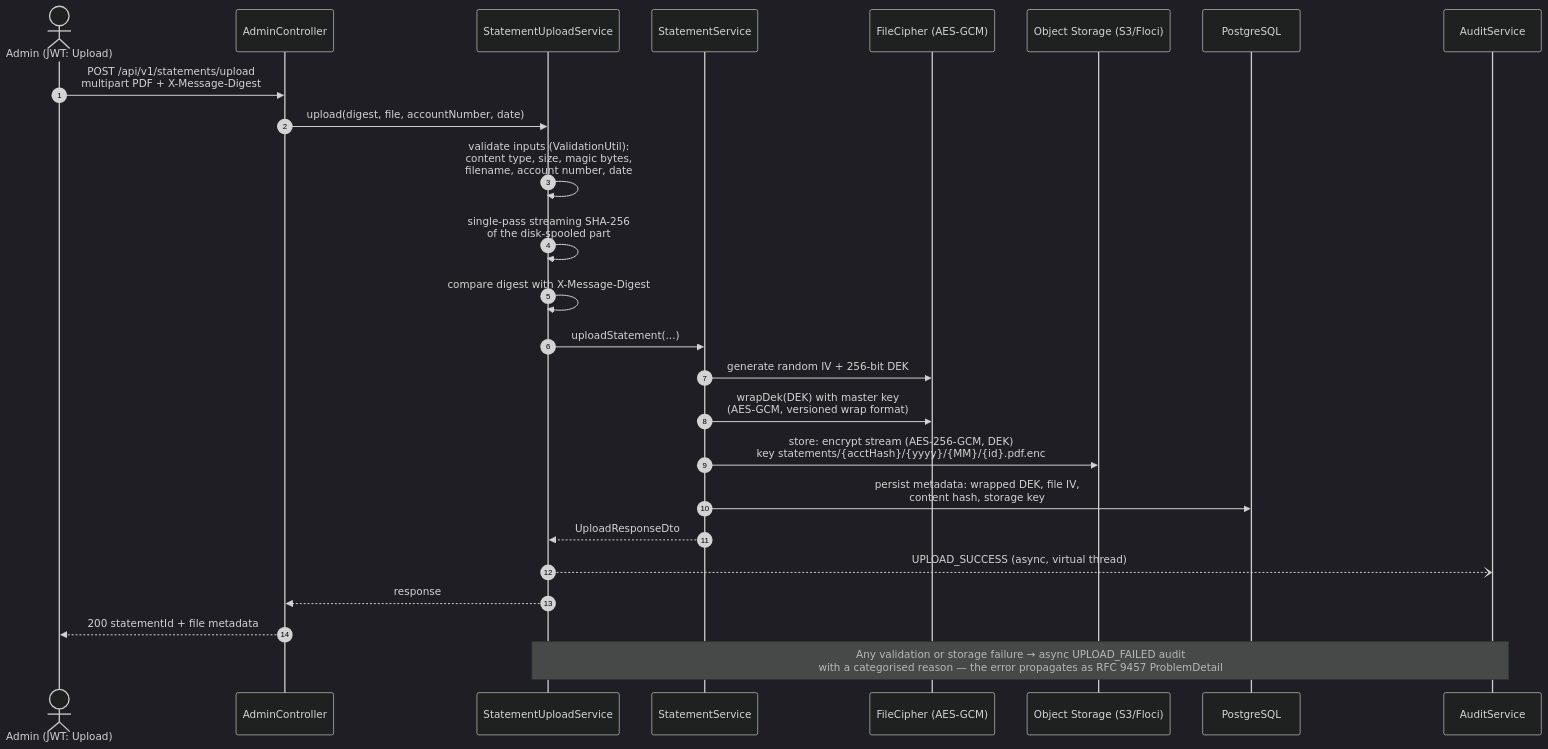
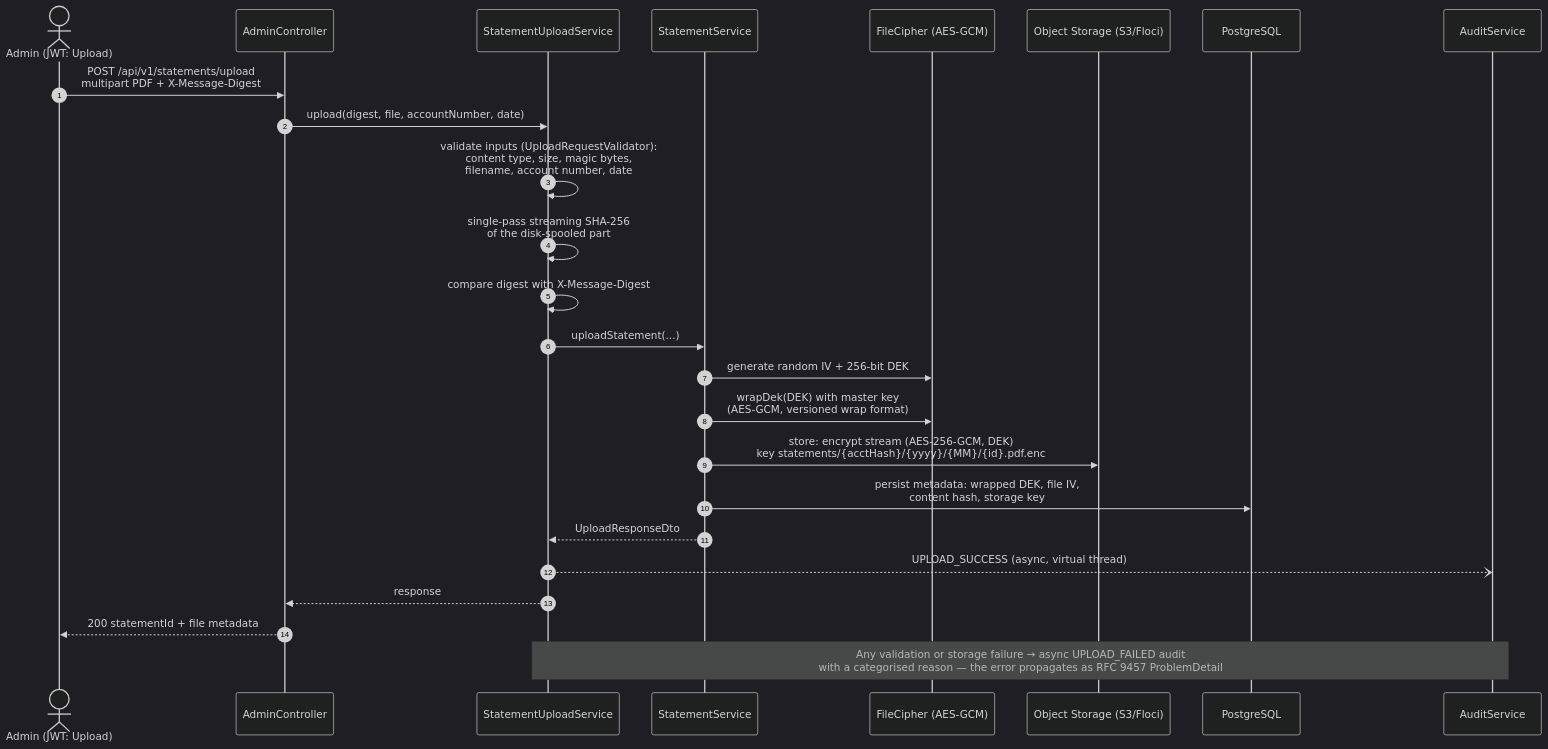
The first of 6 diagrams in docs/Architecture_Overview.md (RichDev76/secure-statement-delivery), drawn with Mermaid (dark theme) before and after one commit. The commit also changed other lines of this file and 16 other files, not shown here.

````diff
--- a/docs/Architecture_Overview.md
+++ b/docs/Architecture_Overview.md
@@ -78,29 +78,29 @@
 ```mermaid
 sequenceDiagram
     autonumber
     actor Admin as Admin (JWT: Upload)
     participant AC as AdminController
     participant US as StatementUploadService
     participant SS as StatementService
     participant FC as FileCipher (AES-GCM)
     participant S3 as Object Storage (S3/Floci)
     participant DB as PostgreSQL
     participant AU as AuditService
 
     Admin->>AC: POST /api/v1/statements/upload<br/>multipart PDF + X-Message-Digest
     AC->>US: upload(digest, file, accountNumber, date)
-    US->>US: validate inputs (ValidationUtil):<br/>content type, size, magic bytes,<br/>filename, account number, date
+    US->>US: validate inputs (UploadRequestValidator):<br/>content type, size, magic bytes,<br/>filename, account number, date
     US->>US: single-pass streaming SHA-256<br/>of the disk-spooled part
     US->>US: compare digest with X-Message-Digest
     US->>SS: uploadStatement(...)
     SS->>FC: generate random IV + 256-bit DEK
     SS->>FC: wrapDek(DEK) with master key<br/>(AES-GCM, versioned wrap format)
     SS->>S3: store: encrypt stream (AES-256-GCM, DEK)<br/>key statements/{acctHash}/{yyyy}/{MM}/{id}.pdf.enc
     SS->>DB: persist metadata: wrapped DEK, file IV,<br/>content hash, storage key
     SS-->>US: UploadResponseDto
     US--)AU: UPLOAD_SUCCESS (async, virtual thread)
     US-->>AC: response
     AC-->>Admin: 200 statementId + file metadata
 
     Note over US,AU: Any validation or storage failure → async UPLOAD_FAILED audit<br/>with a categorised reason — the error propagates as RFC 9457 ProblemDetail
 ```
````
